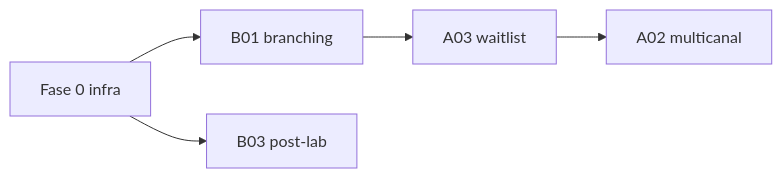
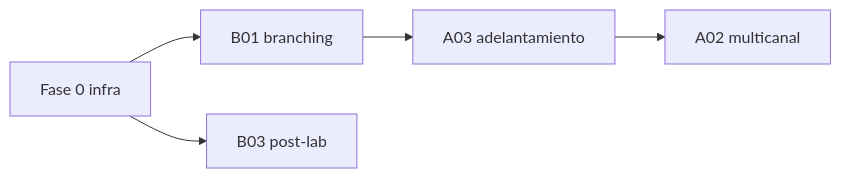
The diagram in web/docs/producto/planes/agentes-autonomos-implementacion.md (luischanferoni/bioenlace), drawn with Mermaid before and after one commit. The commit also changed other lines of this file and 46 other files, not shown here.

````diff
--- a/web/docs/producto/planes/agentes-autonomos-implementacion.md
+++ b/web/docs/producto/planes/agentes-autonomos-implementacion.md
@@ -102,12 +102,12 @@
 ```mermaid
 flowchart LR
   F0[Fase 0 infra]
   B01[B01 branching]
   B03[B03 post-lab]
-  A03[A03 waitlist]
+  A03[A03 adelantamiento]
   A02[A02 multicanal]
   F0 --> B01
   F0 --> B03
   B01 --> A03
   A03 --> A02
 ```
````
